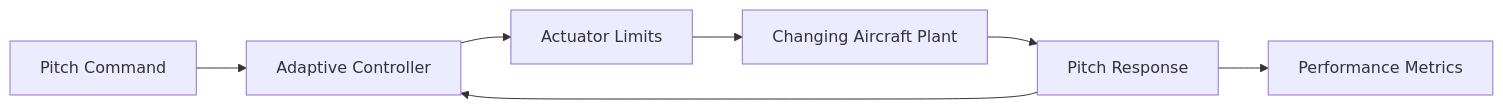
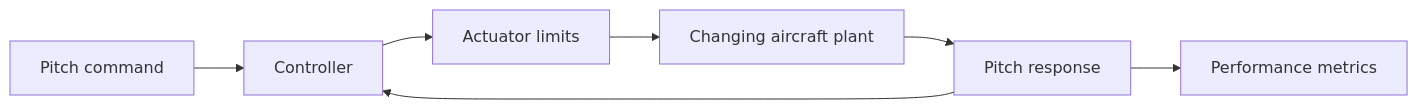
One commit to skytruong90/Adaptive-Flight-Control-Testbed changed the diagram in README.md. Above: the diagram before and after it, drawn with Mermaid. The commit also changed other lines of this file, not shown here.

Commit message:
Expand adaptive control README

````diff
--- a/README.md
+++ b/README.md
@@ -14,9 +25,9 @@
 ```mermaid
 flowchart LR
-  R[Pitch Command] --> C[Adaptive Controller]
-  C --> A[Actuator Limits]
-  A --> P[Changing Aircraft Plant]
-  P --> Y[Pitch Response]
+  R[Pitch command] --> C[Controller]
+  C --> A[Actuator limits]
+  A --> P[Changing aircraft plant]
+  P --> Y[Pitch response]
   Y --> C
-  Y --> M[Performance Metrics]
+  Y --> M[Performance metrics]
 ```
````
